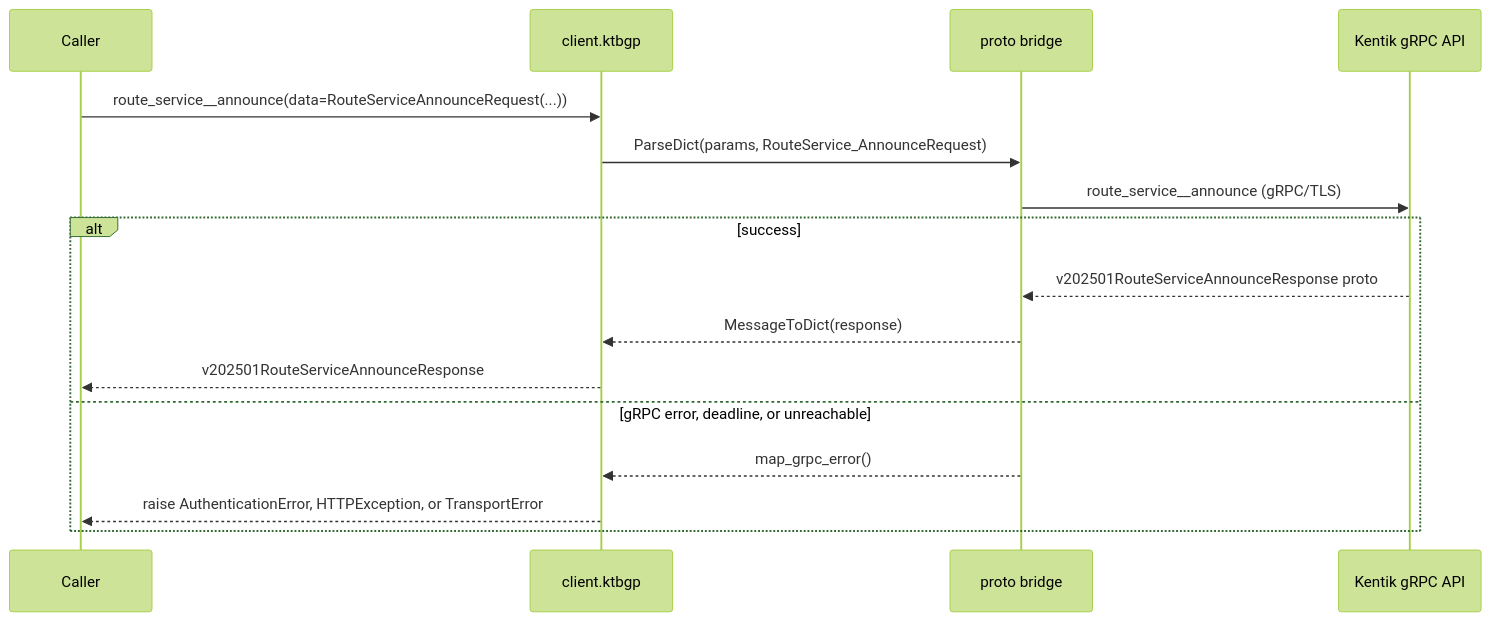
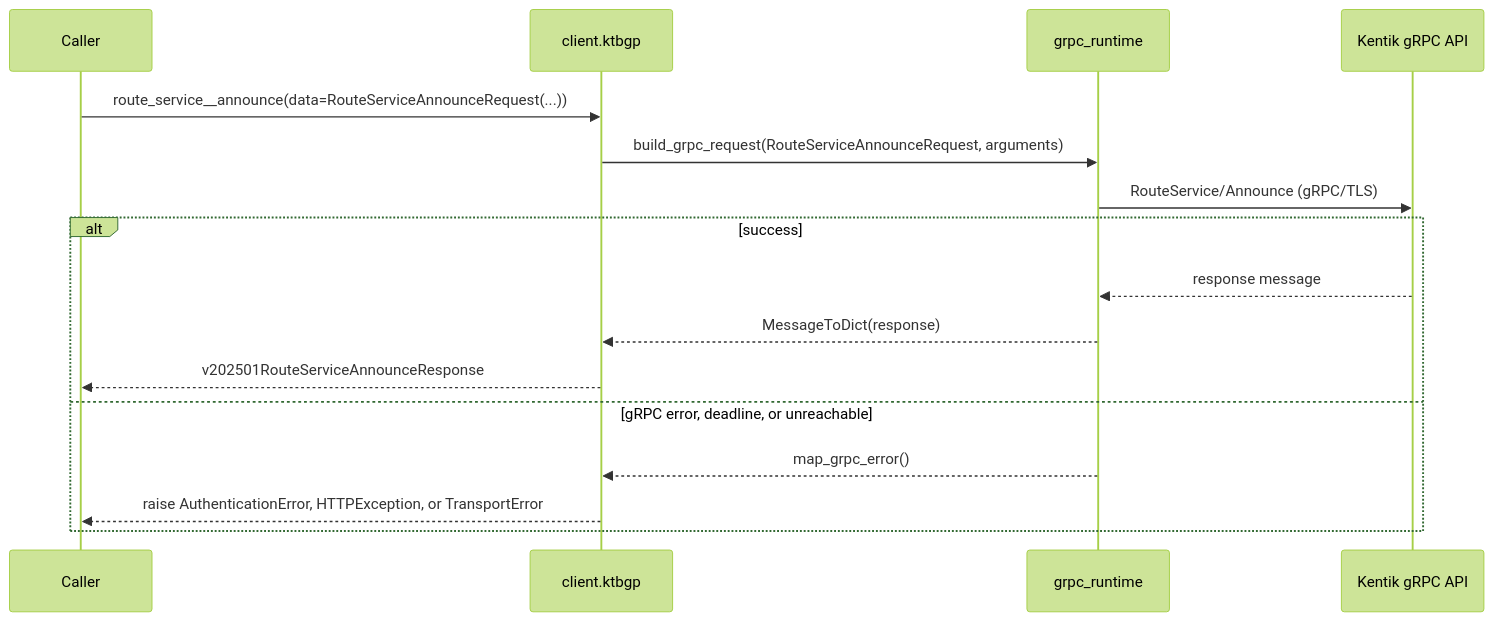
The third of 8 diagrams in docs/sphinx/services/ktbgp.md (alexdearaujo/community_sdk_python), drawn with Mermaid (forest theme) before and after one commit. The commit also changed other lines of this file and 37 other files, not shown here.

First line of the commit message:
docs: show the real RPC in each service page's gRPC diagram

````diff
--- a/docs/sphinx/services/ktbgp.md
+++ b/docs/sphinx/services/ktbgp.md
@@ -57,19 +57,19 @@
 ```mermaid
 sequenceDiagram
     participant C as Caller
     participant W as client.ktbgp
-    participant B as proto bridge
+    participant R as grpc_runtime
     participant API as Kentik gRPC API
 
     C->>W: route_service__announce(data=RouteServiceAnnounceRequest(...))
-    W->>B: ParseDict(params, RouteService_AnnounceRequest)
-    B->>API: route_service__announce (gRPC/TLS)
+    W->>R: build_grpc_request(RouteServiceAnnounceRequest, arguments)
+    R->>API: RouteService/Announce (gRPC/TLS)
     alt success
-        API-->>B: v202501RouteServiceAnnounceResponse proto
-        B-->>W: MessageToDict(response)
+        API-->>R: response message
+        R-->>W: MessageToDict(response)
         W-->>C: v202501RouteServiceAnnounceResponse
     else gRPC error, deadline, or unreachable
-        B-->>W: map_grpc_error()
+        R-->>W: map_grpc_error()
         W-->>C: raise AuthenticationError, HTTPException, or TransportError
     end
 ```
````
